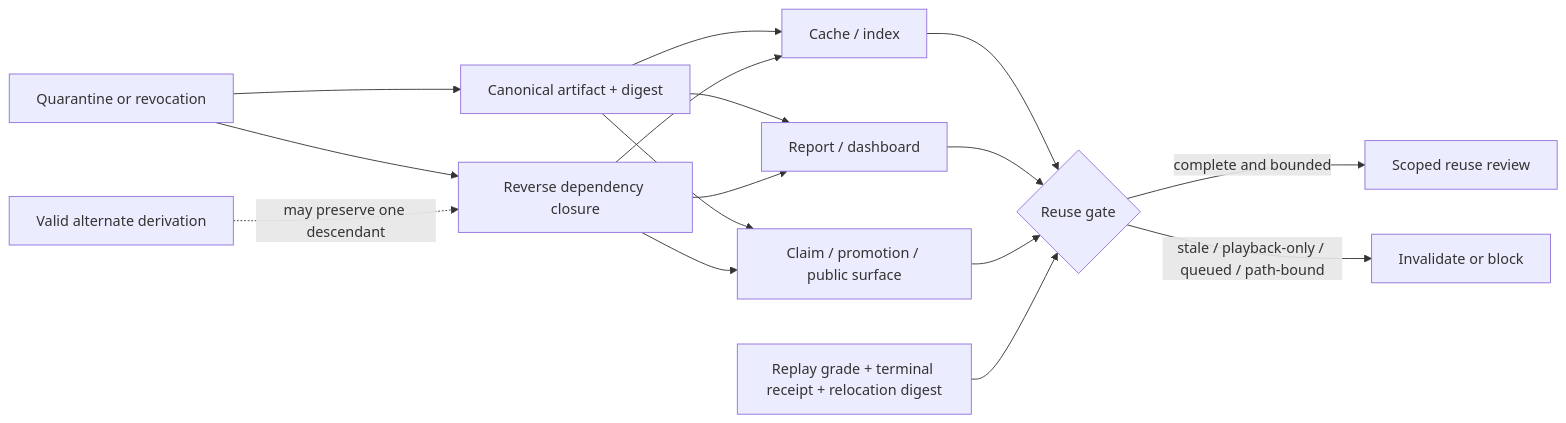
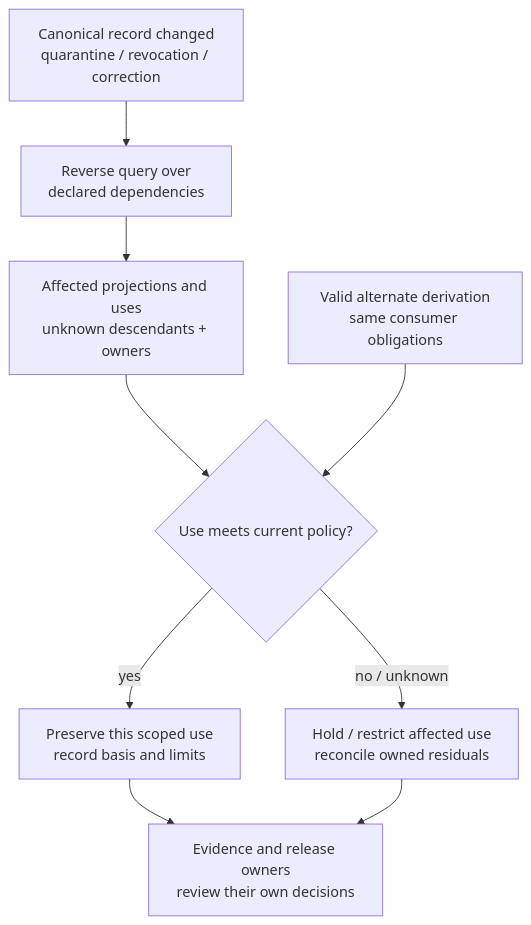
Before and after one commit to corbensorenson/asi-stack-book: the second of 4 diagrams in chapters/artifact-graphs-audit-logs-and-replay.qmd, drawn with Mermaid. The commit also changed other lines of this file and 345 other files, not shown here.

````diff
--- a/chapters/artifact-graphs-audit-logs-and-replay.qmd
+++ b/chapters/artifact-graphs-audit-logs-and-replay.qmd
@@ -370,18 +414,13 @@
 ```{mermaid}
-flowchart LR
-  C["Canonical artifact + digest"] --> P1["Cache / index"]
-  C --> P2["Report / dashboard"]
-  C --> P3["Claim / promotion / public surface"]
-  Q["Quarantine or revocation"] --> C
-  Q --> R["Reverse dependency closure"]
-  R --> P1
-  R --> P2
-  R --> P3
-  A["Valid alternate derivation"] -. "may preserve one descendant" .-> R
-  P1 --> G{"Reuse gate"}
-  P2 --> G
-  P3 --> G
-  X["Replay grade + terminal receipt + relocation digest"] --> G
-  G -->|"complete and bounded"| U["Scoped reuse review"]
-  G -->|"stale / playback-only / queued / path-bound"| B["Invalidate or block"]
+flowchart TD
+  accTitle: Proposed dependency impact and scoped reuse
+  accDescr: A changed canonical record starts a reverse query over declared dependencies and projections. Known affected uses and unresolved descendants enter policy-specific review. A valid alternate derivation may preserve a particular use; otherwise the use is held or restricted with a residual owner. Playback is acceptable only for a purpose its grade supports. The graph cannot find unrecorded copies or change claim support or release authority by itself.
+  C["Canonical record changed<br/>quarantine / revocation / correction"] --> R["Reverse query over<br/>declared dependencies"]
+  R --> P["Affected projections and uses<br/>unknown descendants + owners"]
+  P --> G{"Use meets current policy?"}
+  A["Valid alternate derivation<br/>same consumer obligations"] --> G
+  G -- "yes" --> U["Preserve this scoped use<br/>record basis and limits"]
+  G -- "no / unknown" --> B["Hold / restrict affected use<br/>reconcile owned residuals"]
+  U --> O["Evidence and release owners<br/>review their own decisions"]
+  B --> O
 ```
````
